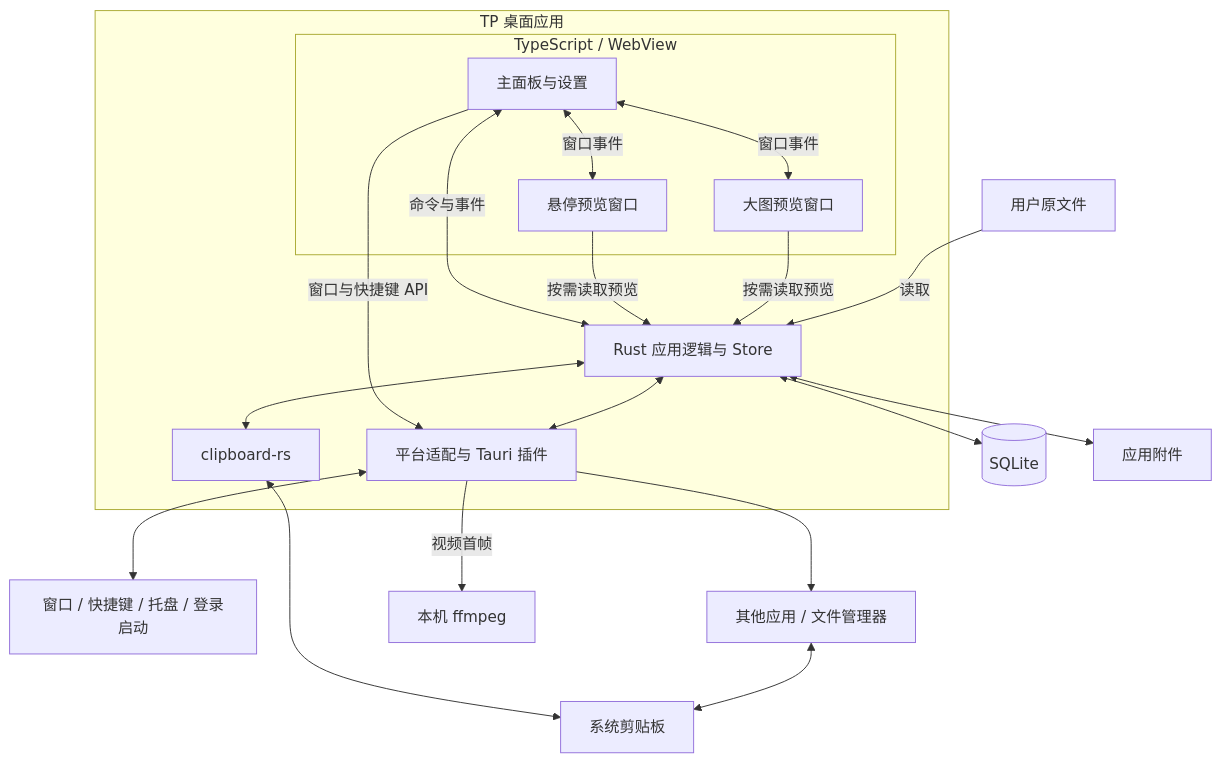
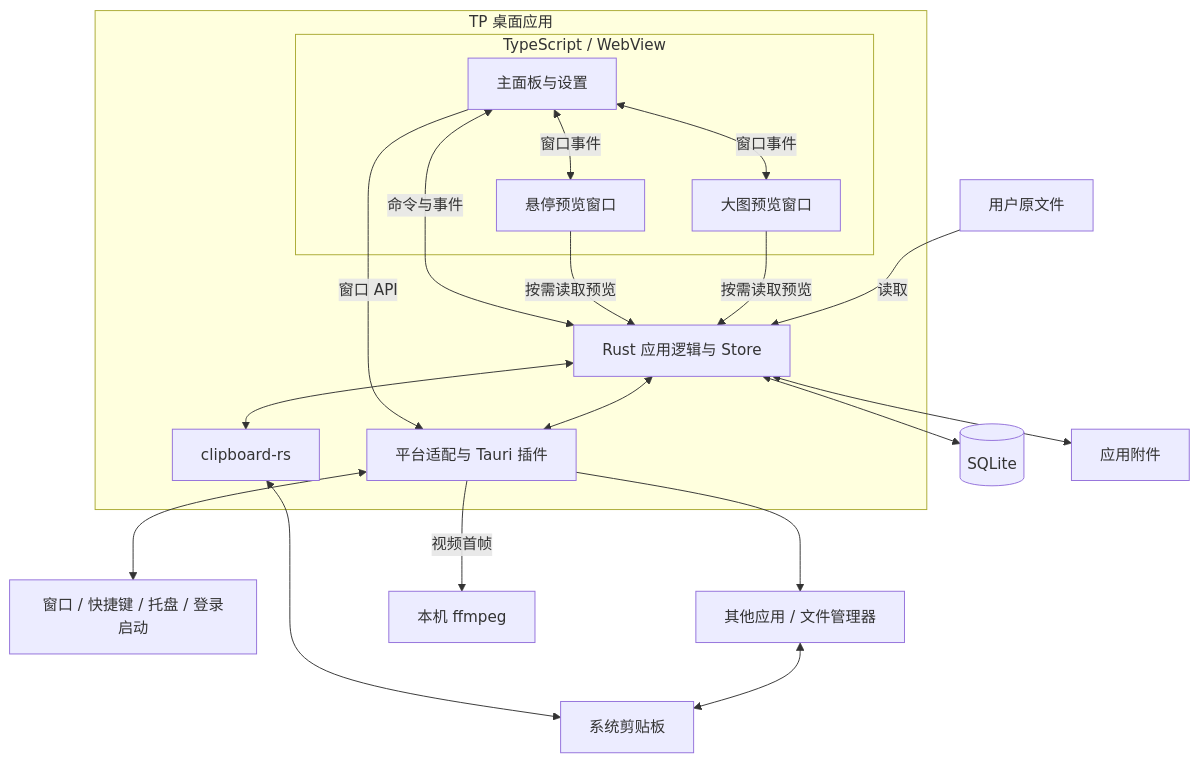
The first of 2 diagrams in docs/SYSTEM-ARCHITECTURE.md (kyrsieger/TP), drawn with Mermaid before and after one commit. The commit also changed other lines of this file and 17 other files, not shown here.

````diff
--- a/docs/SYSTEM-ARCHITECTURE.md
+++ b/docs/SYSTEM-ARCHITECTURE.md
@@ -24,36 +24,36 @@
 ```mermaid
 flowchart TB
     subgraph TP[TP 桌面应用]
         subgraph UI[TypeScript / WebView]
             Main[主面板与设置]
             Hover[悬停预览窗口]
             Large[大图预览窗口]
             Main <-->|窗口事件| Hover
             Main <-->|窗口事件| Large
         end
         Core[Rust 应用逻辑与 Store]
         Clip[clipboard-rs]
         Platform[平台适配与 Tauri 插件]
         Main <-->|命令与事件| Core
-        Main -->|窗口与快捷键 API| Platform
+        Main -->|窗口 API| Platform
         Hover -->|按需读取预览| Core
         Large -->|按需读取预览| Core
         Core <--> Clip
         Core <--> Platform
     end
     Clipboard[系统剪贴板]
     Desktop[窗口 / 快捷键 / 托盘 / 登录启动]
     Apps[其他应用 / 文件管理器]
     Database[(SQLite)]
     Assets[应用附件]
     Originals[用户原文件]
     FFmpeg[本机 ffmpeg]
     Clip <--> Clipboard
     Apps <--> Clipboard
     Platform <--> Desktop
     Platform --> Apps
     Platform -->|视频首帧| FFmpeg
     Core <--> Database
     Core <--> Assets
     Originals -->|读取| Core
 ```
````
